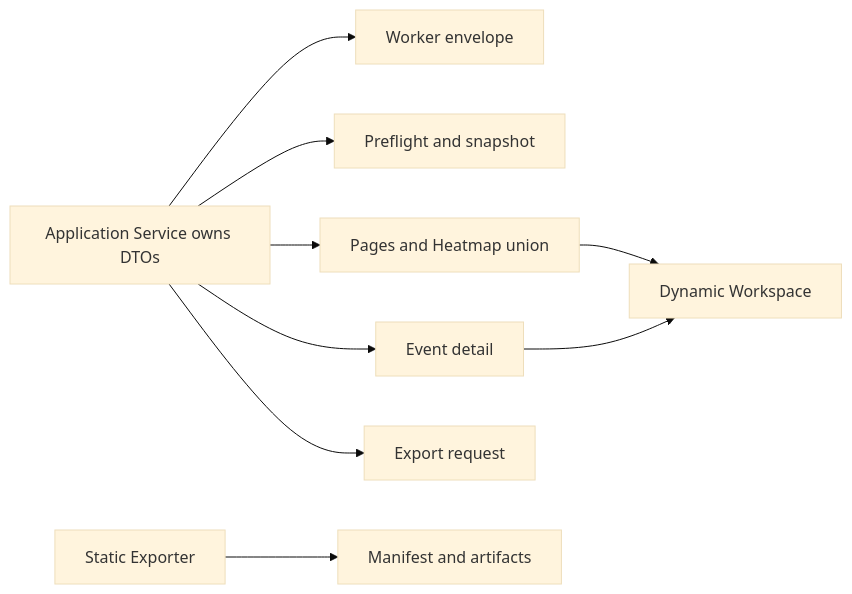
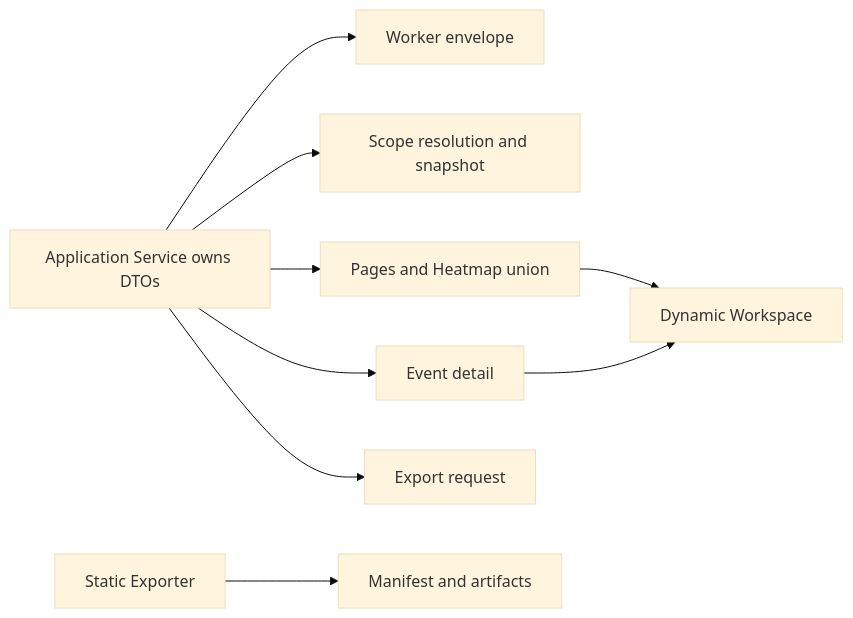
One commit to martinbechard/agent-runner changed the seventh of 10 diagrams in docs/design/high-level/HLD-003-agent-report-dynamic-app-and-static-export.md. Above: the diagram before and after it, drawn with Mermaid (base theme). The commit also changed other lines of this file and 214 other files, not shown here.

````diff
--- a/docs/design/high-level/HLD-003-agent-report-dynamic-app-and-static-export.md
+++ b/docs/design/high-level/HLD-003-agent-report-dynamic-app-and-static-export.md
@@ -534,11 +532,11 @@
 ```mermaid
 flowchart LR
   Service[Application Service owns DTOs] --> WorkerEnvelope[Worker envelope]
-  Service --> Preflight[Preflight and snapshot]
+  Service --> Snapshot[Scope resolution and snapshot]
   Service --> Pages[Pages and Heatmap union]
   Service --> Detail[Event detail]
   Pages --> Workspace[Dynamic Workspace]
   Detail --> Workspace
   Service --> ExportRequest[Export request]
   Exporter[Static Exporter] --> Manifest[Manifest and artifacts]
 ```
````
